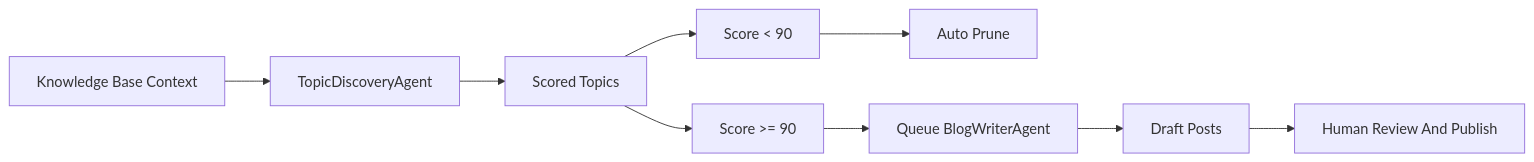
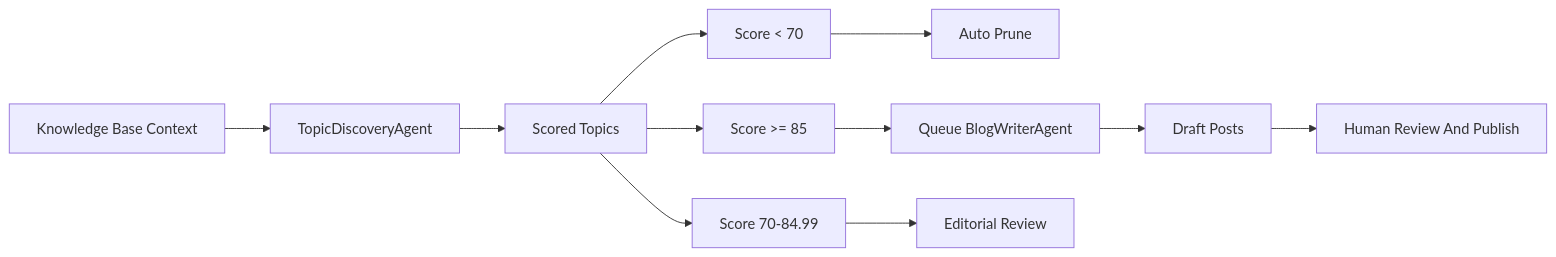
Before and after one commit to shamamit11/wwb-service: the diagram in docs/AI_CONTENT_ENGINE.md, drawn with Mermaid. The commit also changed other lines of this file and 14 other files, not shown here.

````diff
--- a/docs/AI_CONTENT_ENGINE.md
+++ b/docs/AI_CONTENT_ENGINE.md
@@ -20,11 +21,13 @@
 ```mermaid
 flowchart LR
     A["Knowledge Base Context"] --> B["TopicDiscoveryAgent"]
     B --> C["Scored Topics"]
-    C --> D["Score < 90"]
-    C --> E["Score >= 90"]
+    C --> D["Score < 70"]
+    C --> E["Score >= 85"]
+    C --> R["Score 70-84.99"]
     D --> F["Auto Prune"]
     E --> G["Queue BlogWriterAgent"]
+    R --> I["Editorial Review"]
     G --> H["Draft Posts"]
-    H --> I["Human Review And Publish"]
+    H --> J["Human Review And Publish"]
 ```
````
